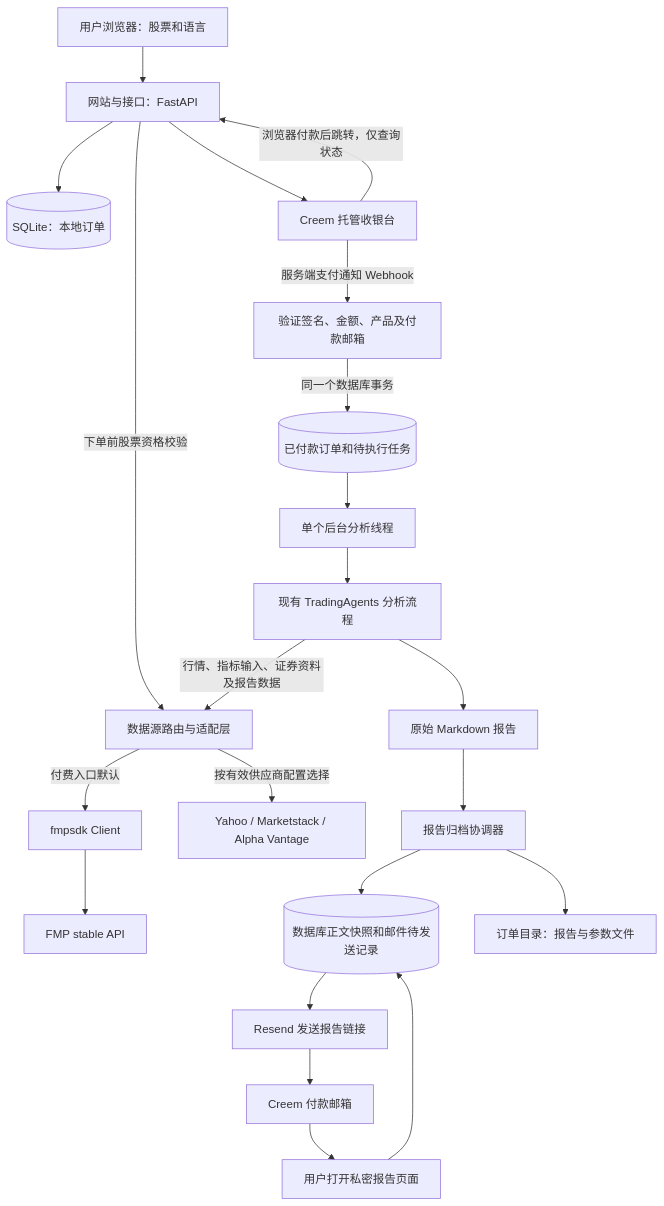
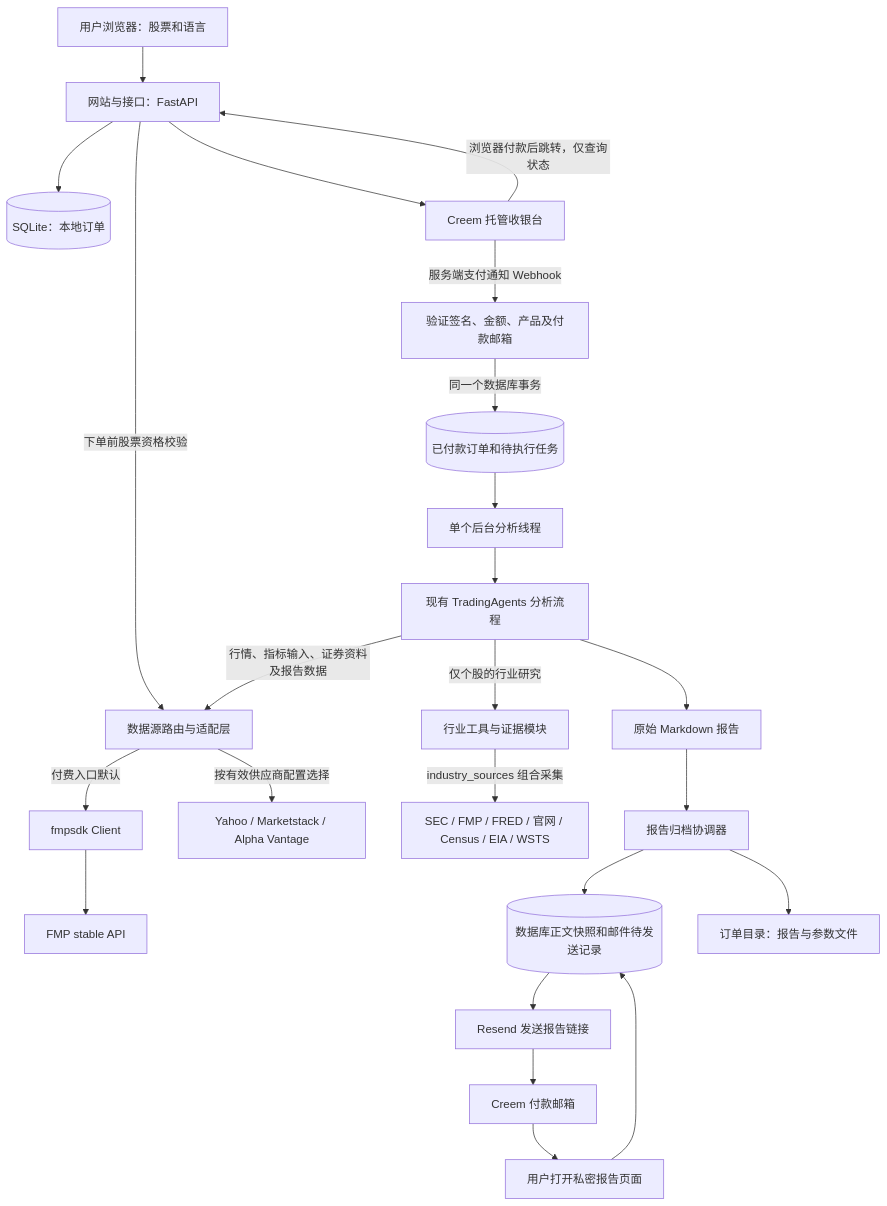
One commit to Kalmanson/TradingAgents changed the first of 2 diagrams in docs/付费报告系统架构.md. Above: the diagram before and after it, drawn with Mermaid. The commit also changed other lines of this file and 59 other files, not shown here.

````diff
--- a/docs/付费报告系统架构.md
+++ b/docs/付费报告系统架构.md
@@ -32,24 +34,26 @@
 ```mermaid
 flowchart TD
     U[用户浏览器：股票和语言] --> W[网站与接口：FastAPI]
     W --> O[(SQLite：本地订单)]
     W --> C[Creem 托管收银台]
     C -->|浏览器付款后跳转，仅查询状态| W
     C -->|服务端支付通知 Webhook| V[验证签名、金额、产品及付款邮箱]
     V -->|同一个数据库事务| Q[(已付款订单和待执行任务)]
     Q --> T[单个后台分析线程]
     T --> A[现有 TradingAgents 分析流程]
     W -->|下单前股票资格校验| MD[数据源路由与适配层]
     A -->|行情、指标输入、证券资料及报告数据| MD
     MD -->|付费入口默认| SDK[fmpsdk Client]
     SDK --> FMP[FMP stable API]
     MD -->|按有效供应商配置选择| ALT[Yahoo / Marketstack / Alpha Vantage]
+    A -->|仅个股的行业研究| IND[行业工具与证据模块]
+    IND -->|industry_sources 组合采集| ISRC[SEC / FMP / FRED / 官网 / Census / EIA / WSTS]
     A --> F[原始 Markdown 报告]
     F --> R[报告归档协调器]
     R --> S[(数据库正文快照和邮件待发送记录)]
     R --> D[订单目录：报告与参数文件]
     S --> M[Resend 发送报告链接]
     M --> E[Creem 付款邮箱]
     E --> P[用户打开私密报告页面]
     P --> S
 ```
````
